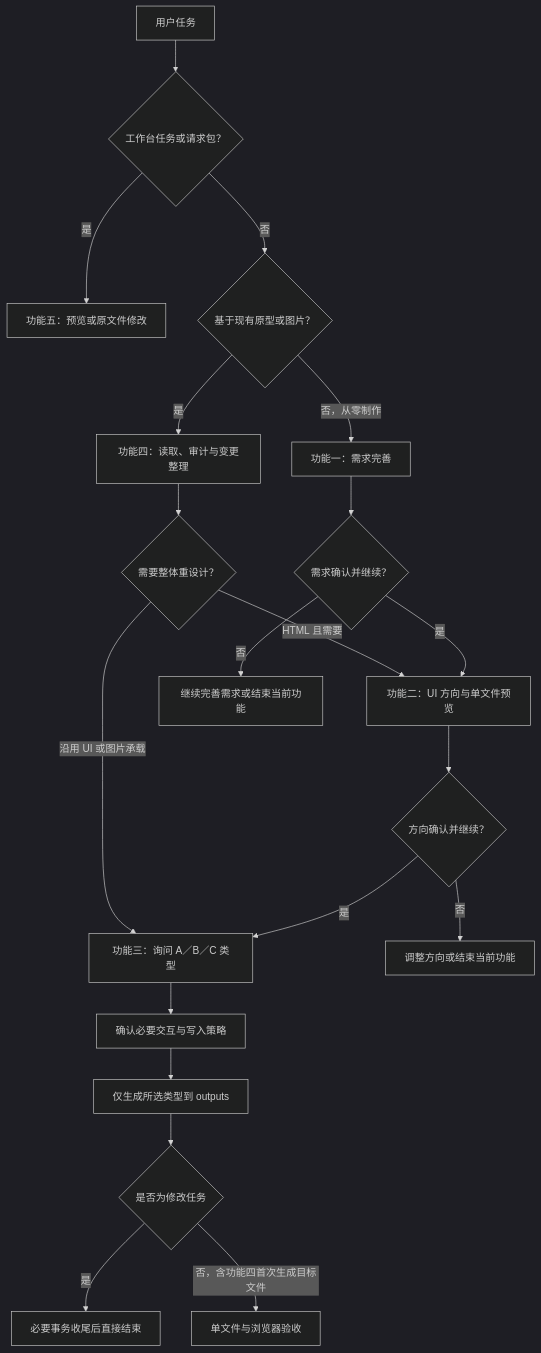
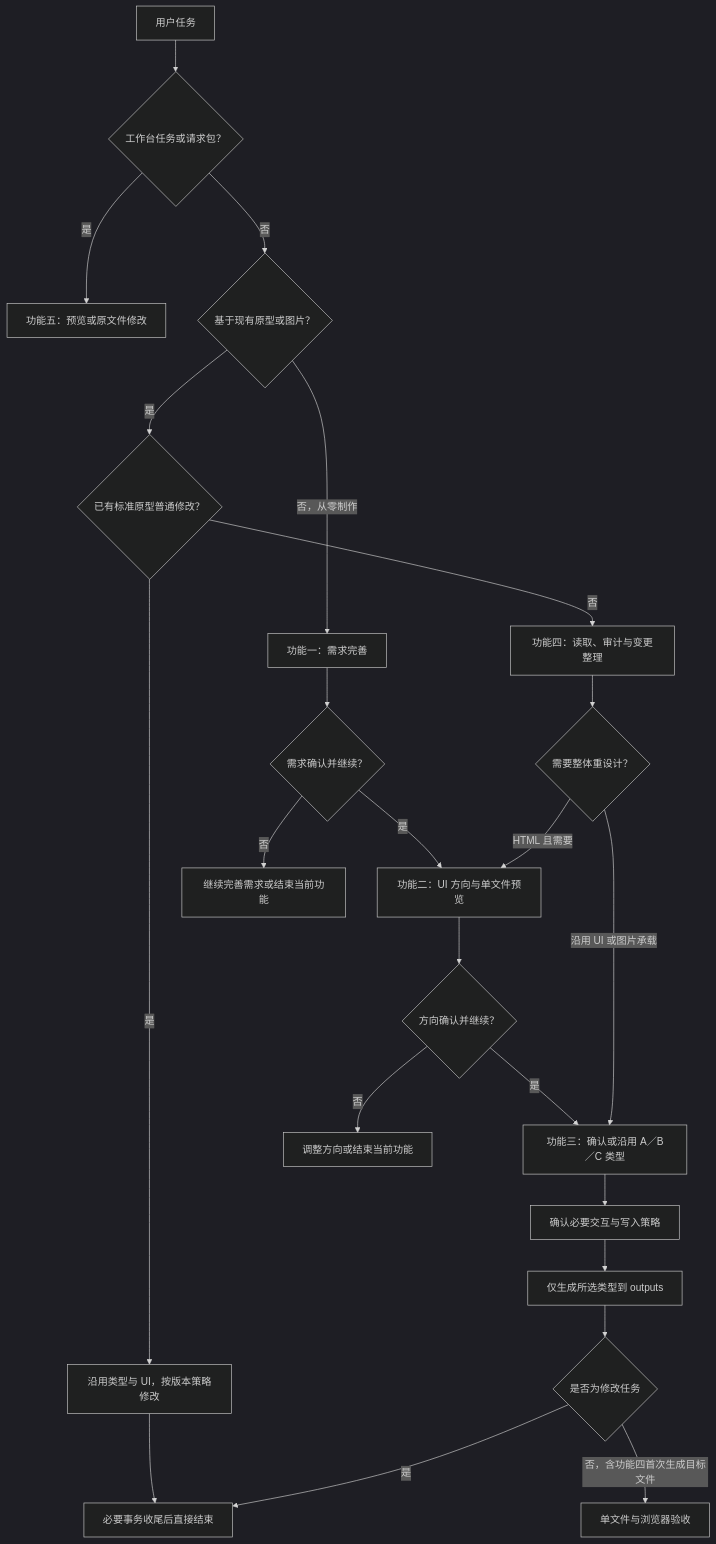
The diagram in skill-outputs/ycet-prototype-create/SKILL.md (Ycet/ycet-prototype-create), drawn with Mermaid (dark theme) before and after one commit. The commit also changed other lines of this file and 32 other files, not shown here.

````diff
--- a/skill-outputs/ycet-prototype-create/SKILL.md
+++ b/skill-outputs/ycet-prototype-create/SKILL.md
@@ -17,22 +17,25 @@
 ```mermaid
 flowchart TD
     S[用户任务] --> W{工作台任务或请求包？}
     W -->|是| F5[功能五：预览或原文件修改]
     W -->|否| E{基于现有原型或图片？}
-    E -->|是| F4[功能四：读取、审计与变更整理]
+    E -->|是| Q{已有标准原型普通修改？}
+    Q -->|是| EDIT[沿用类型与 UI，按版本策略修改]
+    EDIT --> END
+    Q -->|否| F4[功能四：读取、审计与变更整理]
     E -->|否，从零制作| F1[功能一：需求完善]
     F1 --> C1{需求确认并继续？}
     C1 -->|是| F2[功能二：UI 方向与单文件预览]
     C1 -->|否| R1[继续完善需求或结束当前功能]
     F2 --> C2{方向确认并继续？}
-    C2 -->|是| F3[功能三：询问 A／B／C 类型]
+    C2 -->|是| F3[功能三：确认或沿用 A／B／C 类型]
     C2 -->|否| R2[调整方向或结束当前功能]
     F4 --> U{需要整体重设计？}
     U -->|HTML 且需要| F2
     U -->|沿用 UI 或图片承载| F3
     F3 --> P[确认必要交互与写入策略]
     P --> G[仅生成所选类型到 outputs]
     G --> M{是否为修改任务}
     M -->|是| END[必要事务收尾后直接结束]
     M -->|否，含功能四首次生成目标文件| V[单文件与浏览器验收]
 ```
````
